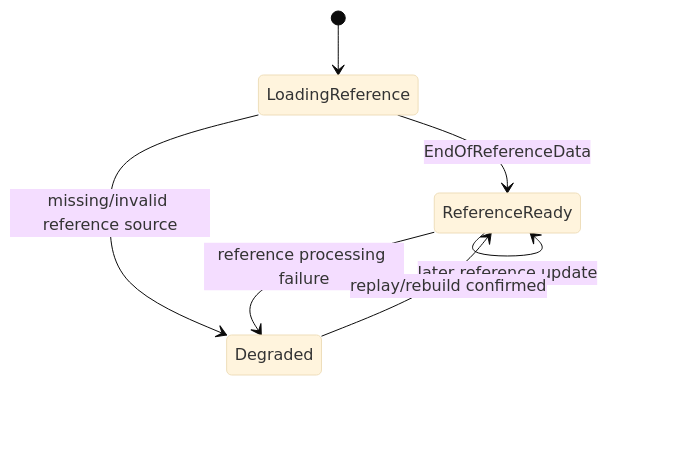
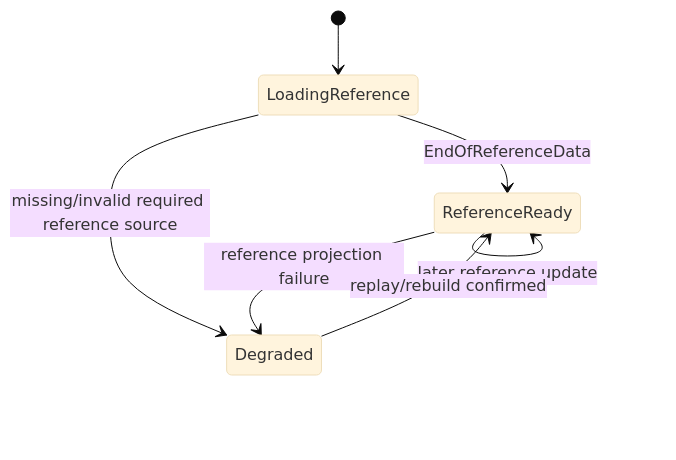
One commit to adnanelhabashy/surveillance-knowledge-base changed the third of 3 diagrams in Market-Surveillance-Full-Plan-Doc-Refrence/Architecture/Implementation-Start/10 - Reference State and Enrichment Strategy.md. Above: the diagram before and after it, drawn with Mermaid (base theme). The commit also changed other lines of this file, not shown here.

Commit message:
docs: make reference and Investor resolution explicitly Silo-side

````diff
--- a/Market-Surveillance-Full-Plan-Doc-Refrence/Architecture/Implementation-Start/10 - Reference State and Enrichment Strategy.md
+++ b/Market-Surveillance-Full-Plan-Doc-Refrence/Architecture/Implementation-Start/10 - Reference State and Enrichment Strategy.md
@@ -268,9 +285,9 @@
 ```mermaid
 stateDiagram-v2
     [*] --> LoadingReference
     LoadingReference --> ReferenceReady: EndOfReferenceData
     ReferenceReady --> ReferenceReady: later reference update
-    LoadingReference --> Degraded: missing/invalid reference source
-    ReferenceReady --> Degraded: reference processing failure
+    LoadingReference --> Degraded: missing/invalid required reference source
+    ReferenceReady --> Degraded: reference projection failure
     Degraded --> ReferenceReady: replay/rebuild confirmed
 ```
````
